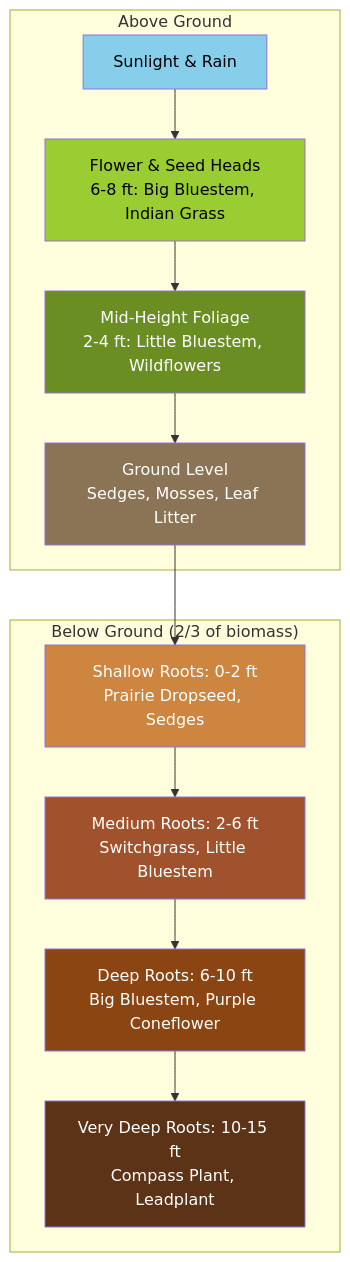
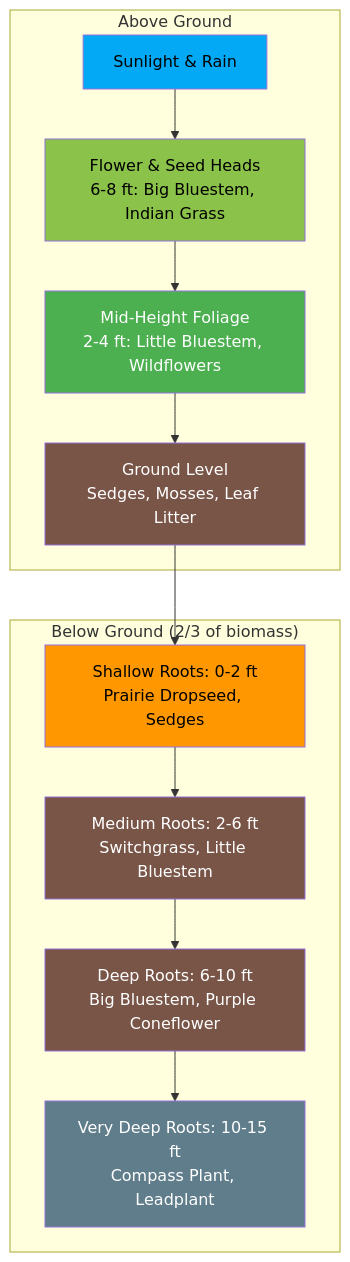
One commit to arunbatchu/minnesota-native-plants changed the first of 2 diagrams in docs/chapters/03-prairie-plants-grasslands/index.md. Above: the diagram before and after it, drawn with Mermaid. The commit also changed other lines of this file and 10 other files, not shown here.

First line of the commit message:
Fix Mermaid diagram colors for accessibility — high contrast palette

````diff
--- a/docs/chapters/03-prairie-plants-grasslands/index.md
+++ b/docs/chapters/03-prairie-plants-grasslands/index.md
@@ -347,27 +347,27 @@
 ```mermaid
 flowchart TD
     subgraph above["Above Ground"]
         SKY["Sunlight & Rain"]
         CANOPY["Flower & Seed Heads<br/>6-8 ft: Big Bluestem, Indian Grass"]
         MID["Mid-Height Foliage<br/>2-4 ft: Little Bluestem, Wildflowers"]
         GROUND["Ground Level<br/>Sedges, Mosses, Leaf Litter"]
     end
     subgraph below["Below Ground (2/3 of biomass)"]
         SHALLOW["Shallow Roots: 0-2 ft<br/>Prairie Dropseed, Sedges"]
         MEDIUM["Medium Roots: 2-6 ft<br/>Switchgrass, Little Bluestem"]
         DEEP["Deep Roots: 6-10 ft<br/>Big Bluestem, Purple Coneflower"]
         VDEEP["Very Deep Roots: 10-15 ft<br/>Compass Plant, Leadplant"]
     end
 
     SKY --> CANOPY --> MID --> GROUND
     GROUND --> SHALLOW --> MEDIUM --> DEEP --> VDEEP
 
-    style SKY fill:#87CEEB,color:#000
-    style CANOPY fill:#9ACD32,color:#000
-    style MID fill:#6B8E23,color:#fff
-    style GROUND fill:#8B7355,color:#fff
-    style SHALLOW fill:#CD853F,color:#fff
-    style MEDIUM fill:#A0522D,color:#fff
-    style DEEP fill:#8B4513,color:#fff
-    style VDEEP fill:#5C3317,color:#fff
+    style SKY fill:#03A9F4,color:#000
+    style CANOPY fill:#8BC34A,color:#000
+    style MID fill:#4CAF50,color:#fff
+    style GROUND fill:#795548,color:#fff
+    style SHALLOW fill:#FF9800,color:#000
+    style MEDIUM fill:#795548,color:#fff
+    style DEEP fill:#795548,color:#fff
+    style VDEEP fill:#607D8B,color:#fff
 ```
````
